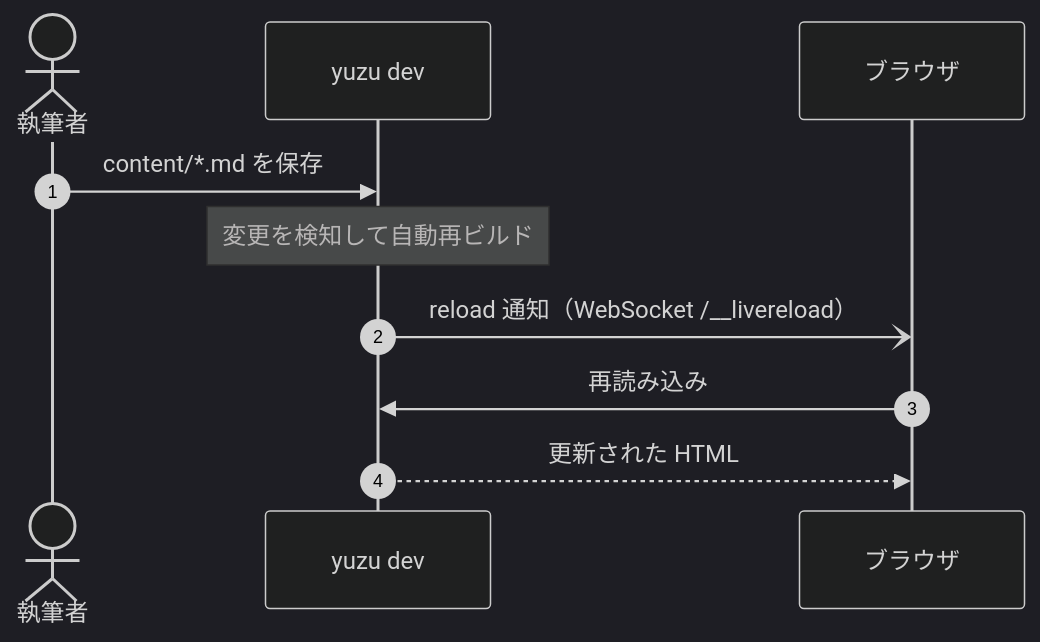
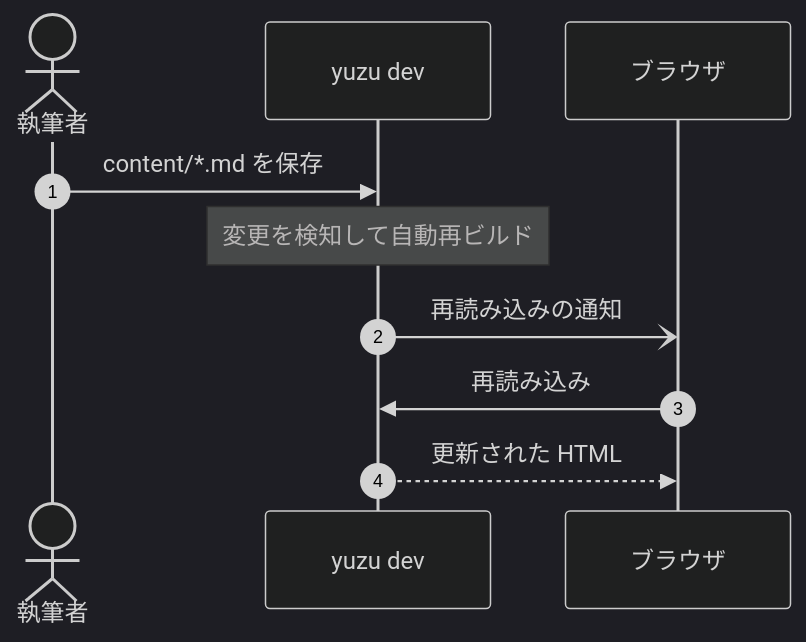
The second of 9 diagrams in crates/yuzu-cli/scaffold/getting-started.md (ai-implementer/yuzu), drawn with Mermaid (dark theme) before and after one commit. The commit also changed other lines of this file and 26 other files, not shown here.

````diff
--- a/crates/yuzu-cli/scaffold/getting-started.md
+++ b/crates/yuzu-cli/scaffold/getting-started.md
@@ -174,13 +175,13 @@
 ```mermaid
 sequenceDiagram
     autonumber
     actor W as 執筆者
     participant Y as yuzu dev
     participant B as ブラウザ
 
     W->>Y: content/*.md を保存
     Note over Y: 変更を検知して自動再ビルド
-    Y-)B: reload 通知（WebSocket /__livereload）
+    Y-)B: 再読み込みの通知
     B->>Y: 再読み込み
     Y-->>B: 更新された HTML
 ```
````
